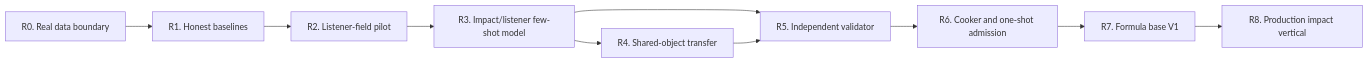
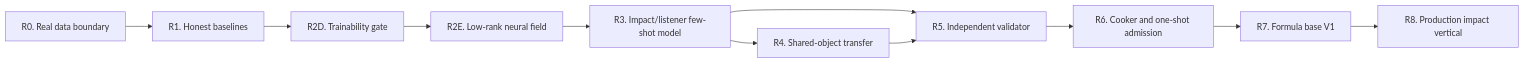
The diagram in docs/plans/physical-sound-synthesis-roadmap.md (kaifaty/NextEngine), drawn with Mermaid before and after one commit. The commit also changed other lines of this file and 11 other files, not shown here.

Commit message:
feat(sound): reject dense listener field and rebaseline

````diff
--- a/docs/plans/physical-sound-synthesis-roadmap.md
+++ b/docs/plans/physical-sound-synthesis-roadmap.md
@@ -105,12 +117,13 @@
 ```mermaid
 flowchart LR
     R0["R0. Real data boundary"] --> R1["R1. Honest baselines"]
-    R1 --> R2["R2. Listener-field pilot"]
-    R2 --> R3["R3. Impact/listener few-shot model"]
+    R1 --> R2D["R2D. Trainability gate"]
+    R2D --> R2E["R2E. Low-rank neural field"]
+    R2E --> R3["R3. Impact/listener few-shot model"]
     R3 --> R4["R4. Shared-object transfer"]
     R3 --> R5["R5. Independent validator"]
     R4 --> R5
     R5 --> R6["R6. Cooker and one-shot admission"]
     R6 --> R7["R7. Formula base V1"]
     R7 --> R8["R8. Production impact vertical"]
 ```
````
